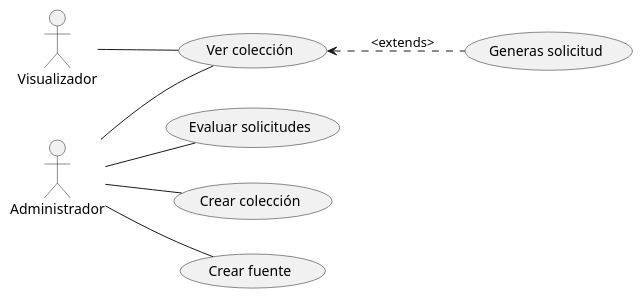
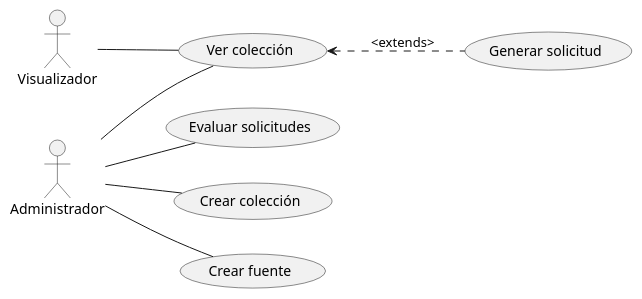
Before and after one commit to lrizzitano/Metamapa: the diagram in diagramas/diagrama-casos_de_uso.puml, drawn with PlantUML. The commit also changed 2 other files, not shown here.

Commit message:
Correcciones diagramas

```diff
--- a/diagramas/diagrama-casos_de_uso.puml
+++ b/diagramas/diagrama-casos_de_uso.puml
@@ -1,23 +1,23 @@
 @startuml
 left to right direction
 
 actor Visualizador
 actor Administrador
 
 usecase "Ver colección" as UC1
 usecase "Evaluar solicitudes" as UC2
 usecase "Crear colección" as UC3
 usecase "Crear fuente" as UC4
 
-usecase "Generas solicitud" as UC1.1
+usecase "Generar solicitud" as UC1.1
 
 Visualizador -- UC1
 Administrador -- UC1
 Administrador -- UC2
 Administrador -- UC3
 Administrador -- UC4
 
 
 UC1 <.. UC1.1 : <extends>
 
 @enduml
```
